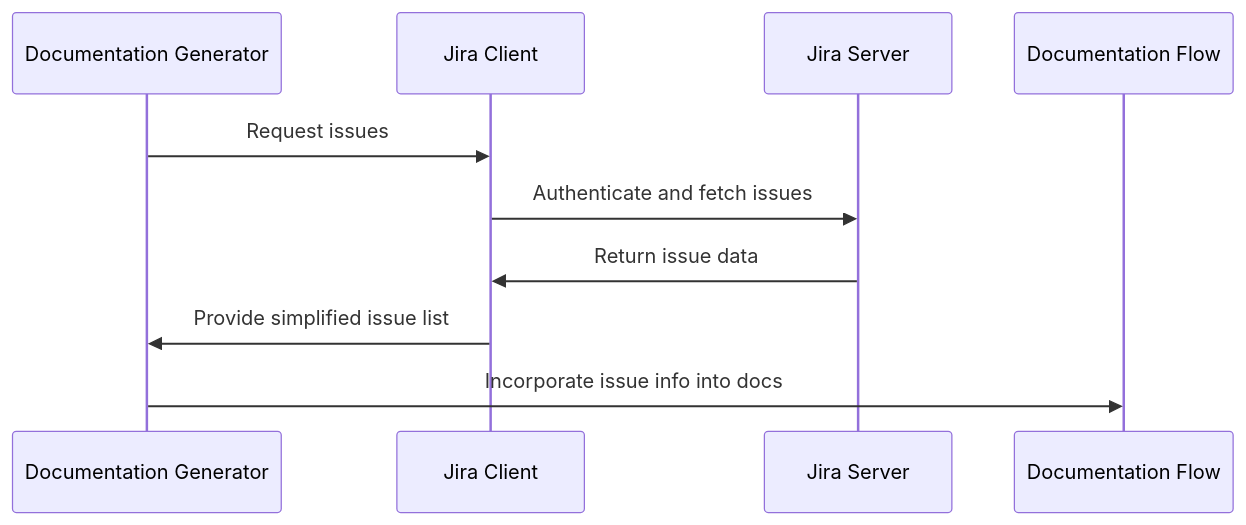
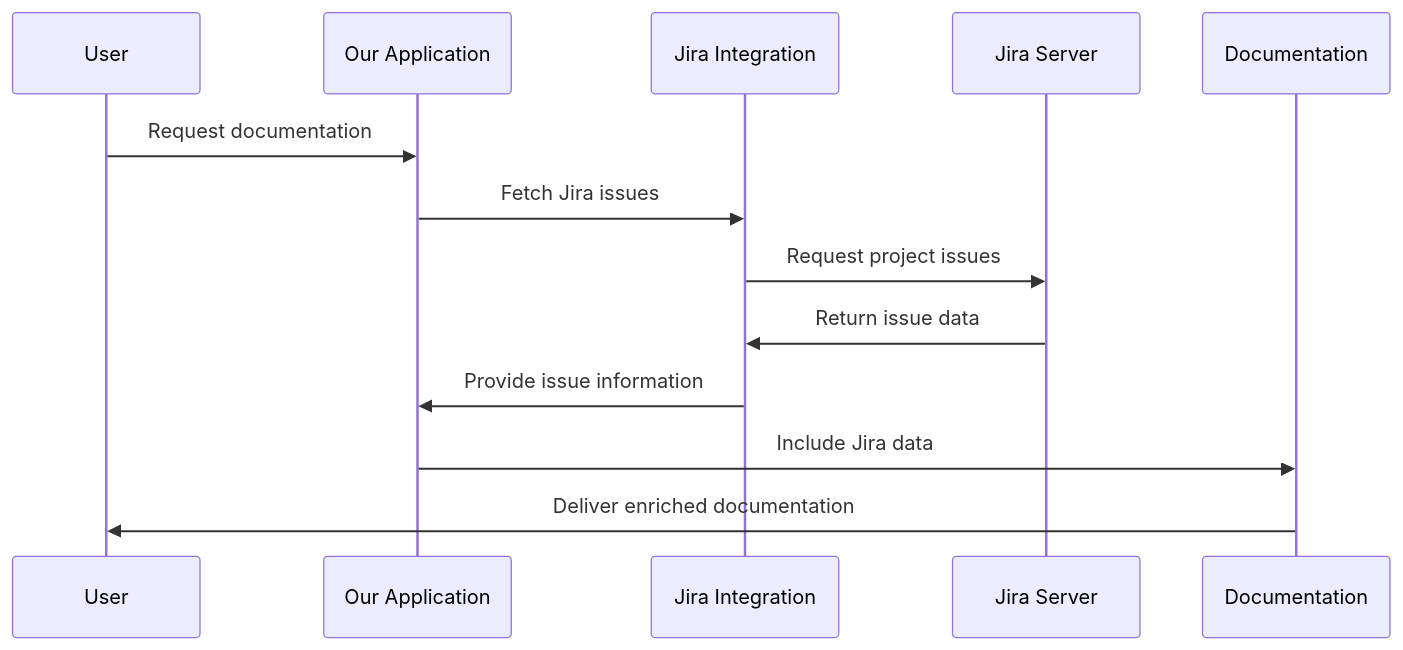
The eighth of 9 diagrams in README.md (dygavieta/NewRepo), drawn with Mermaid before and after one commit. The commit also changed other lines of this file, not shown here.

````diff
--- a/README.md
+++ b/README.md
@@ -720,13 +729,16 @@
 ```mermaid
 sequenceDiagram
-    participant DG as Documentation Generator
-    participant JC as Jira Client
-    participant JS as Jira Server
-    participant DF as Documentation Flow
+    participant User
+    participant App as Our Application
+    participant JI as Jira Integration
+    participant Jira as Jira Server
+    participant Doc as Documentation
 
-    DG->>JC: Request issues
-    JC->>JS: Authenticate and fetch issues
-    JS->>JC: Return issue data
-    JC->>DG: Provide simplified issue list
-    DG->>DF: Incorporate issue info into docs
+    User->>App: Request documentation
+    App->>JI: Fetch Jira issues
+    JI->>Jira: Request project issues
+    Jira->>JI: Return issue data
+    JI->>App: Provide issue information
+    App->>Doc: Include Jira data
+    Doc->>User: Deliver enriched documentation
 ```
````
